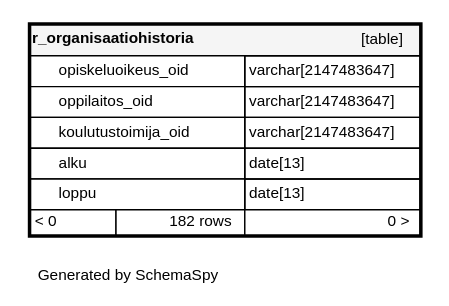
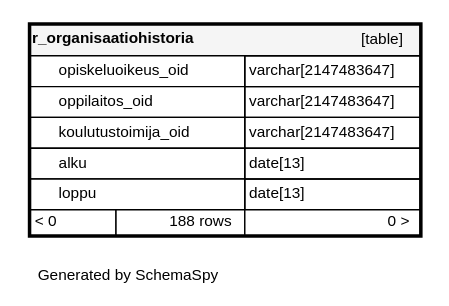
The diagram in documentation/tietokantaskeemat/koski-raportointikanta/diagrams/tables/r_organisaatiohistoria.1degree.dot (Opetushallitus/koski), drawn with Graphviz before and after one commit. The commit also changed 77 other files, not shown here.

```diff
--- a/documentation/tietokantaskeemat/koski-raportointikanta/diagrams/tables/r_organisaatiohistoria.1degree.dot
+++ b/documentation/tietokantaskeemat/koski-raportointikanta/diagrams/tables/r_organisaatiohistoria.1degree.dot
@@ -1,18 +1,18 @@
 digraph "oneDegreeRelationshipsDiagram" {
   graph [    rankdir="RL"    bgcolor="#ffffff"    label="\nGenerated by SchemaSpy"    labeljust="l"    nodesep="0.18"    ranksep="0.46"    fontname="Helvetica"    fontsize="11"    ration="compress"  ];  node [    fontname="Helvetica"    fontsize="11"    shape="plaintext"  ];  edge [    arrowsize="0.8"  ];
   "r_organisaatiohistoria" [
    label=<
     <TABLE BORDER="2" CELLBORDER="1" CELLSPACING="0" BGCOLOR="#ffffff">
       <TR><TD COLSPAN="4"  BGCOLOR="#f5f5f5"><TABLE BORDER="0" CELLSPACING="0"><TR><TD ALIGN="LEFT" FIXEDSIZE="TRUE" WIDTH="132" HEIGHT="16"><B>r_organisaatiohistoria</B></TD><TD ALIGN="RIGHT">[table]</TD></TR></TABLE></TD></TR>
       <TR><TD PORT="opiskeluoikeus_oid" COLSPAN="2" BGCOLOR="#ffffff" ALIGN="LEFT"><TABLE BORDER="0" CELLSPACING="0" ALIGN="LEFT"><TR ALIGN="LEFT"><TD ALIGN="LEFT" FIXEDSIZE="TRUE" WIDTH="15" HEIGHT="16"></TD><TD ALIGN="LEFT" FIXEDSIZE="TRUE" WIDTH="132" HEIGHT="16">opiskeluoikeus_oid</TD></TR></TABLE></TD><TD PORT="opiskeluoikeus_oid.type" ALIGN="LEFT">varchar[2147483647]</TD></TR>
       <TR><TD PORT="oppilaitos_oid" COLSPAN="2" BGCOLOR="#ffffff" ALIGN="LEFT"><TABLE BORDER="0" CELLSPACING="0" ALIGN="LEFT"><TR ALIGN="LEFT"><TD ALIGN="LEFT" FIXEDSIZE="TRUE" WIDTH="15" HEIGHT="16"></TD><TD ALIGN="LEFT" FIXEDSIZE="TRUE" WIDTH="132" HEIGHT="16">oppilaitos_oid</TD></TR></TABLE></TD><TD PORT="oppilaitos_oid.type" ALIGN="LEFT">varchar[2147483647]</TD></TR>
       <TR><TD PORT="koulutustoimija_oid" COLSPAN="2" BGCOLOR="#ffffff" ALIGN="LEFT"><TABLE BORDER="0" CELLSPACING="0" ALIGN="LEFT"><TR ALIGN="LEFT"><TD ALIGN="LEFT" FIXEDSIZE="TRUE" WIDTH="15" HEIGHT="16"></TD><TD ALIGN="LEFT" FIXEDSIZE="TRUE" WIDTH="132" HEIGHT="16">koulutustoimija_oid</TD></TR></TABLE></TD><TD PORT="koulutustoimija_oid.type" ALIGN="LEFT">varchar[2147483647]</TD></TR>
       <TR><TD PORT="alku" COLSPAN="2" BGCOLOR="#ffffff" ALIGN="LEFT"><TABLE BORDER="0" CELLSPACING="0" ALIGN="LEFT"><TR ALIGN="LEFT"><TD ALIGN="LEFT" FIXEDSIZE="TRUE" WIDTH="15" HEIGHT="16"></TD><TD ALIGN="LEFT" FIXEDSIZE="TRUE" WIDTH="132" HEIGHT="16">alku</TD></TR></TABLE></TD><TD PORT="alku.type" ALIGN="LEFT">date[13]</TD></TR>
       <TR><TD PORT="loppu" COLSPAN="2" BGCOLOR="#ffffff" ALIGN="LEFT"><TABLE BORDER="0" CELLSPACING="0" ALIGN="LEFT"><TR ALIGN="LEFT"><TD ALIGN="LEFT" FIXEDSIZE="TRUE" WIDTH="15" HEIGHT="16"></TD><TD ALIGN="LEFT" FIXEDSIZE="TRUE" WIDTH="132" HEIGHT="16">loppu</TD></TR></TABLE></TD><TD PORT="loppu.type" ALIGN="LEFT">date[13]</TD></TR>
-      <TR><TD ALIGN="LEFT" BGCOLOR="#ffffff">&lt; 0</TD><TD ALIGN="RIGHT" BGCOLOR="#ffffff">182 rows</TD><TD ALIGN="RIGHT" BGCOLOR="#ffffff">0 &gt;</TD></TR>
+      <TR><TD ALIGN="LEFT" BGCOLOR="#ffffff">&lt; 0</TD><TD ALIGN="RIGHT" BGCOLOR="#ffffff">188 rows</TD><TD ALIGN="RIGHT" BGCOLOR="#ffffff">0 &gt;</TD></TR>
     </TABLE>>
     URL="../../tables/r_organisaatiohistoria.html"
     target="_top"
     tooltip="r_organisaatiohistoria"
   ];
 }
```
